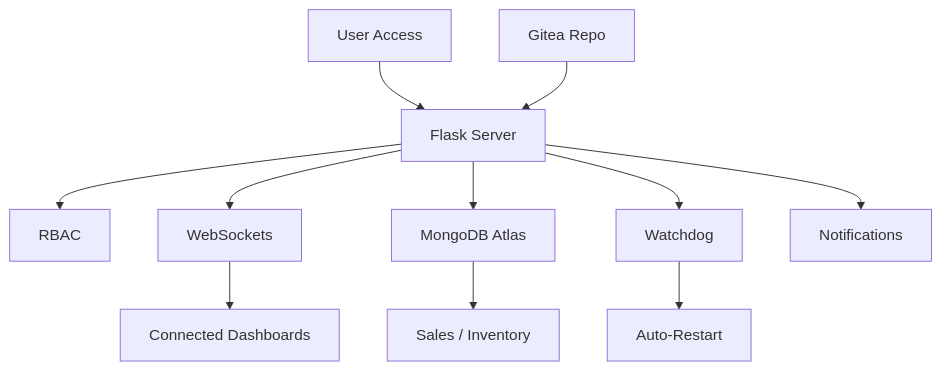
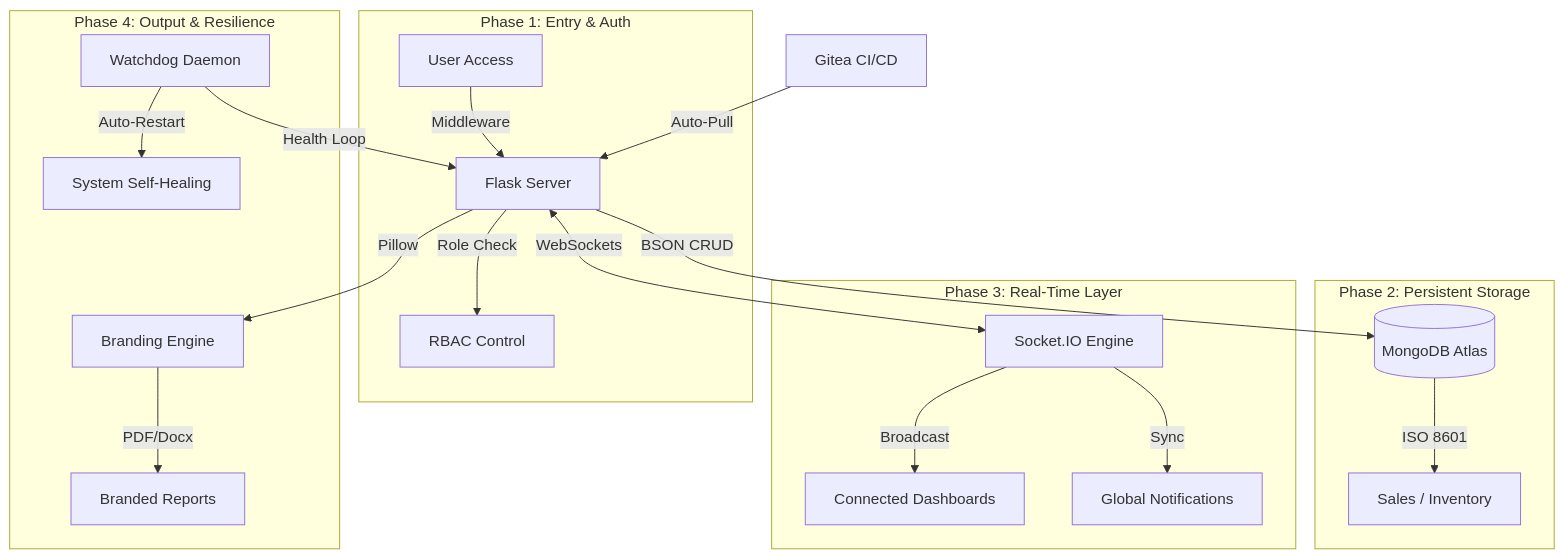
The diagram in README.md (xpidersocial-byte/business-inventory-website), drawn with Mermaid before and after one commit. The commit also changed other lines of this file and 10 other files, not shown here.

Commit message:
Integrated professional Mermaid diagrams into all project documentation

````diff
--- a/README.md
+++ b/README.md
@@ -10,13 +10,27 @@
 ```mermaid
 graph TD
-    UA[User Access] --> FS[Flask Server]
-    FS --> RB[RBAC]
-    FS --> WS[WebSockets]
-    WS --> CD[Connected Dashboards]
-    FS --> DB[MongoDB Atlas]
-    DB --> SI[Sales / Inventory]
-    FS --> WD[Watchdog]
-    WD --> AR[Auto-Restart]
-    FS --> NA[Notifications]
-    GT[Gitea Repo] --> FS
+    subgraph "Phase 1: Entry & Auth"
+        UA[User Access] -->|Middleware| FS[Flask Server]
+        FS -->|Role Check| RB[RBAC Control]
+    end
+
+    subgraph "Phase 2: Persistent Storage"
+        FS -->|BSON CRUD| DB[(MongoDB Atlas)]
+        DB -->|ISO 8601| SI[Sales / Inventory]
+    end
+
+    subgraph "Phase 3: Real-Time Layer"
+        FS <-->|WebSockets| WS[Socket.IO Engine]
+        WS -->|Broadcast| CD[Connected Dashboards]
+        WS -->|Sync| NA[Global Notifications]
+    end
+
+    subgraph "Phase 4: Output & Resilience"
+        FS -->|Pillow| PIL[Branding Engine]
+        PIL -->|PDF/Docx| REP[Branded Reports]
+        WD[Watchdog Daemon] -->|Health Loop| FS
+        WD -->|Auto-Restart| AR[System Self-Healing]
+    end
+
+    GT[Gitea CI/CD] -->|Auto-Pull| FS
 ```
````
